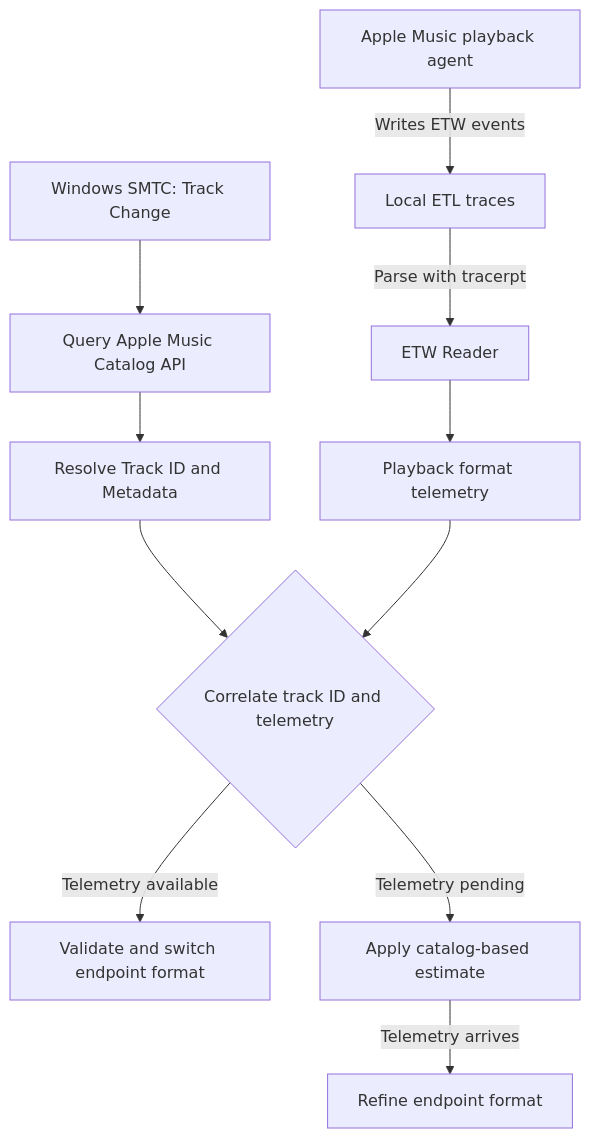
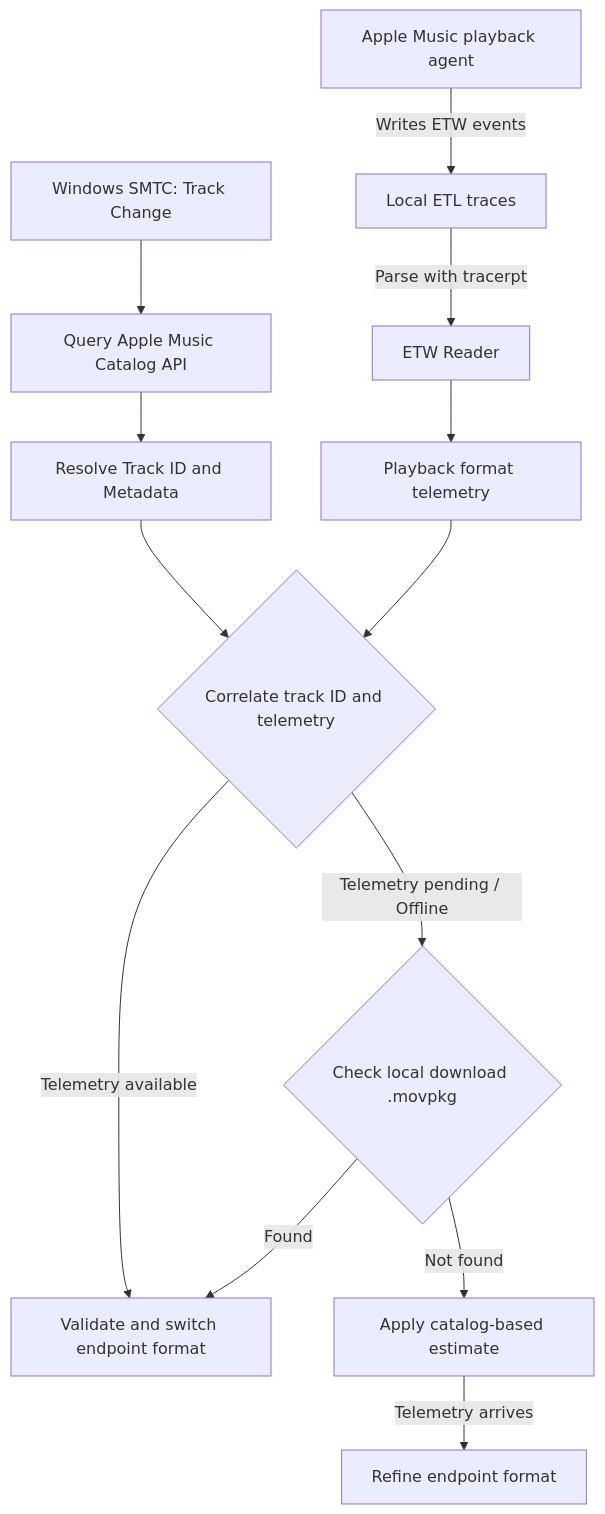
The diagram in README.md (pratama1246/AMWin-LosslessSwitcher), drawn with Mermaid before and after one commit. The commit also changed other lines of this file, not shown here.

Commit message:
docs: update README for v0.3.2 offline support and download links

````diff
--- a/README.md
+++ b/README.md
@@ -47,16 +48,18 @@
 ```mermaid
 flowchart TD
     SMTC[Windows SMTC: Track Change] --> Metadata[Query Apple Music Catalog API]
     Metadata --> GetID[Resolve Track ID and Metadata]
 
     AMWin[Apple Music playback agent] -->|Writes ETW events| ETL[Local ETL traces]
     ETL -->|Parse with tracerpt| ETW[ETW Reader]
     ETW --> FormatMap[Playback format telemetry]
 
     GetID --> Correlate{Correlate track ID and telemetry}
     FormatMap --> Correlate
 
     Correlate -->|Telemetry available| Switch[Validate and switch endpoint format]
-    Correlate -->|Telemetry pending| Fallback[Apply catalog-based estimate]
+    Correlate -->|Telemetry pending / Offline| LocalCheck{Check local download .movpkg}
+    LocalCheck -->|Found| Switch
+    LocalCheck -->|Not found| Fallback[Apply catalog-based estimate]
     Fallback -->|Telemetry arrives| Refine[Refine endpoint format]
 ```
````
